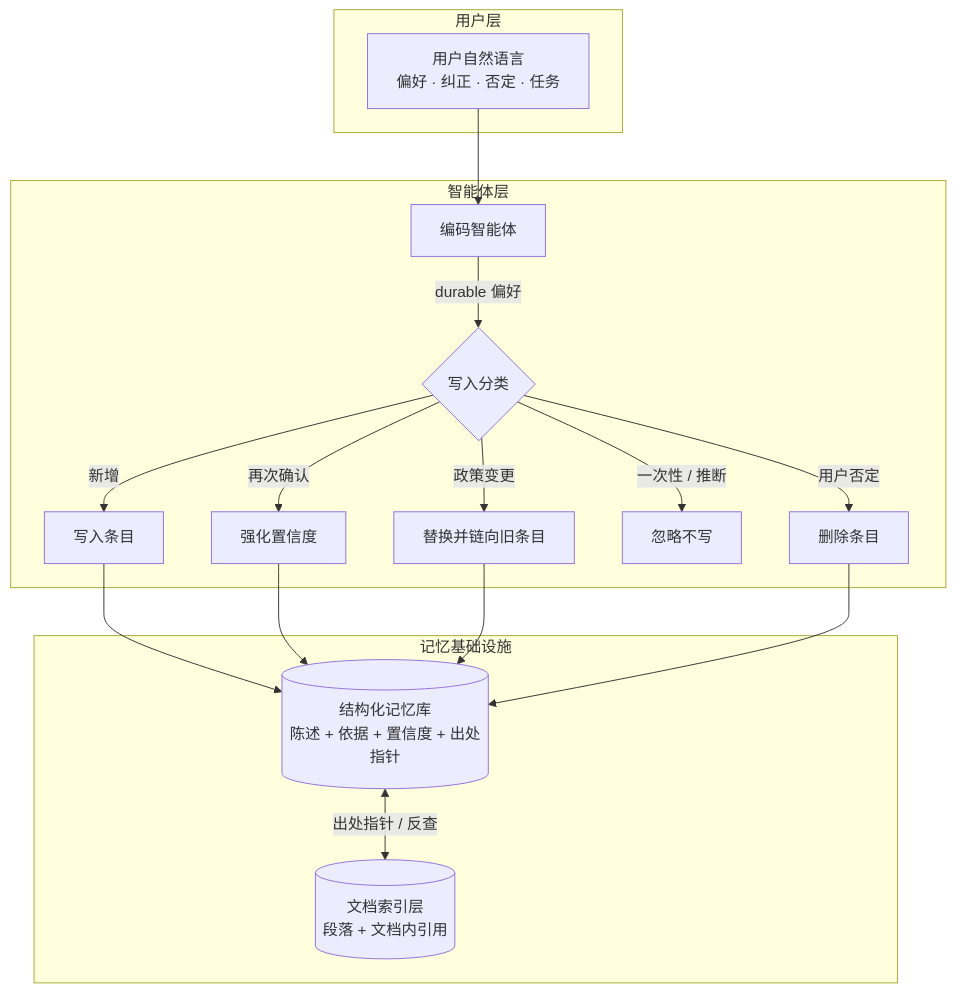
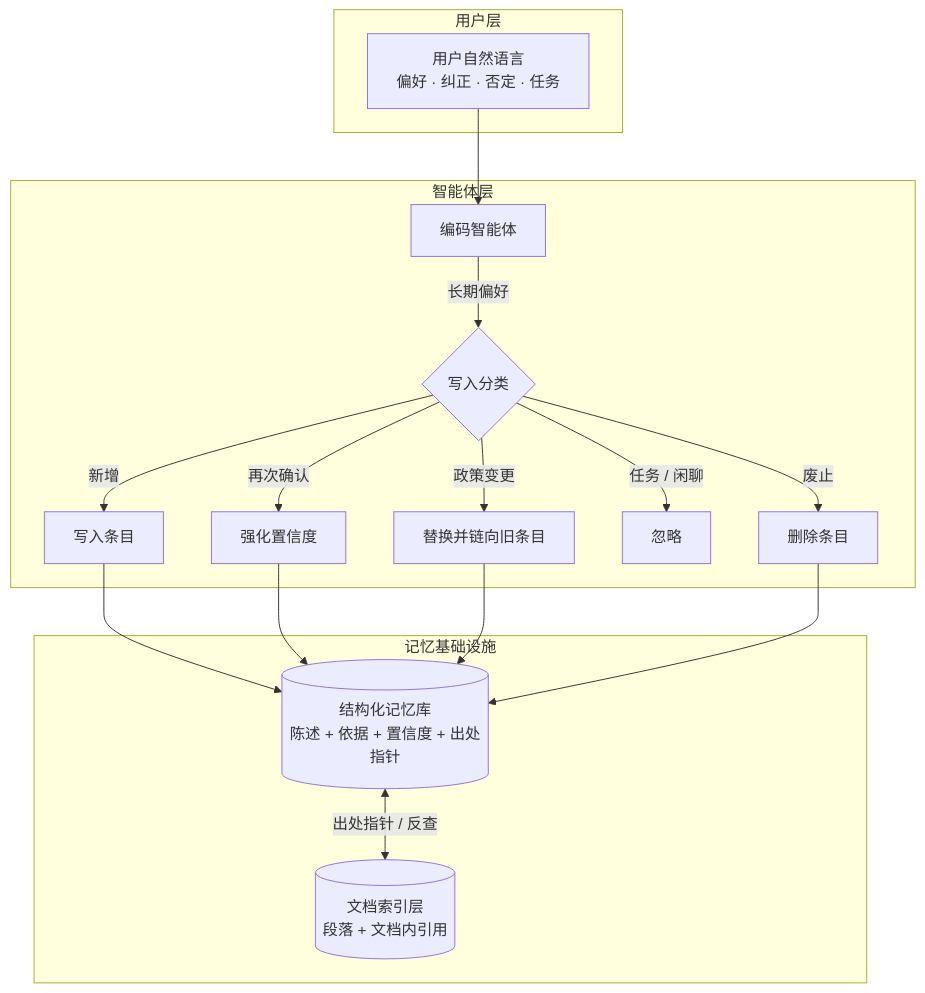
Before and after one commit to SteamedBread2333/imprint: the first of 6 diagrams in docs/agent-memory-hallucination.zh.md, drawn with Mermaid. The commit also changed other lines of this file and 3 other files, not shown here.

````diff
--- a/docs/agent-memory-hallucination.zh.md
+++ b/docs/agent-memory-hallucination.zh.md
@@ -22,25 +20,25 @@
 ```mermaid
 flowchart TB
   subgraph 用户层
     U[用户自然语言<br/>偏好 · 纠正 · 否定 · 任务]
   end
 
   subgraph 智能体层
     A[编码智能体]
-    A -->|durable 偏好| C{写入分类}
+    A -->|长期偏好| C{写入分类}
     C -->|新增| ADD[写入条目]
     C -->|再次确认| REIN[强化置信度]
     C -->|政策变更| SUP[替换并链向旧条目]
-    C -->|一次性 / 推断| IGN[忽略不写]
-    C -->|用户否定| DEL[删除条目]
+    C -->|任务 / 闲聊| IGN[忽略]
+    C -->|废止| DEL[删除条目]
   end
 
   subgraph 记忆基础设施
     V[(结构化记忆库<br/>陈述 + 依据 + 置信度 + 出处指针)]
     S[(文档索引层<br/>段落 + 文档内引用)]
   end
 
   U --> A
   ADD & REIN & SUP & DEL --> V
   V <-->|出处指针 / 反查| S
 ```
````
